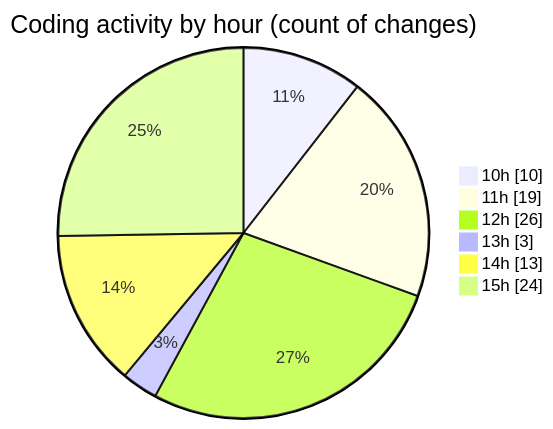
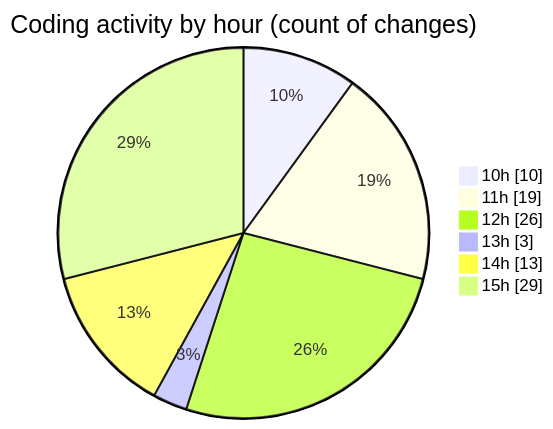
One commit to nxtqubesakshisongat/code-tracking changed the second of 2 diagrams in 2025-07-21/nxtqube_webapp/README.md. Above: the diagram before and after it, drawn with Mermaid. The commit also changed other lines of this file and 1 other file, not shown here.

````diff
--- a/2025-07-21/nxtqube_webapp/README.md
+++ b/2025-07-21/nxtqube_webapp/README.md
@@ -37,10 +37,10 @@
 ```mermaid
 pie showData
 title Coding activity by hour (count of changes)
 "10h" : 10
 "11h" : 19
 "12h" : 26
 "13h" : 3
 "14h" : 13
-"15h" : 24
+"15h" : 29
 ```
````
